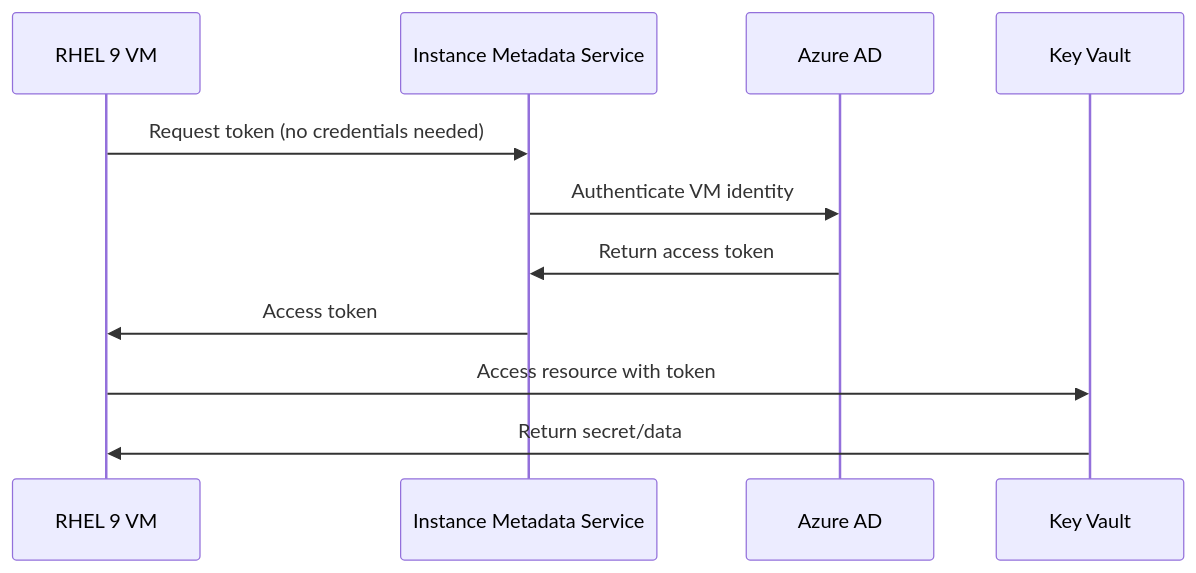
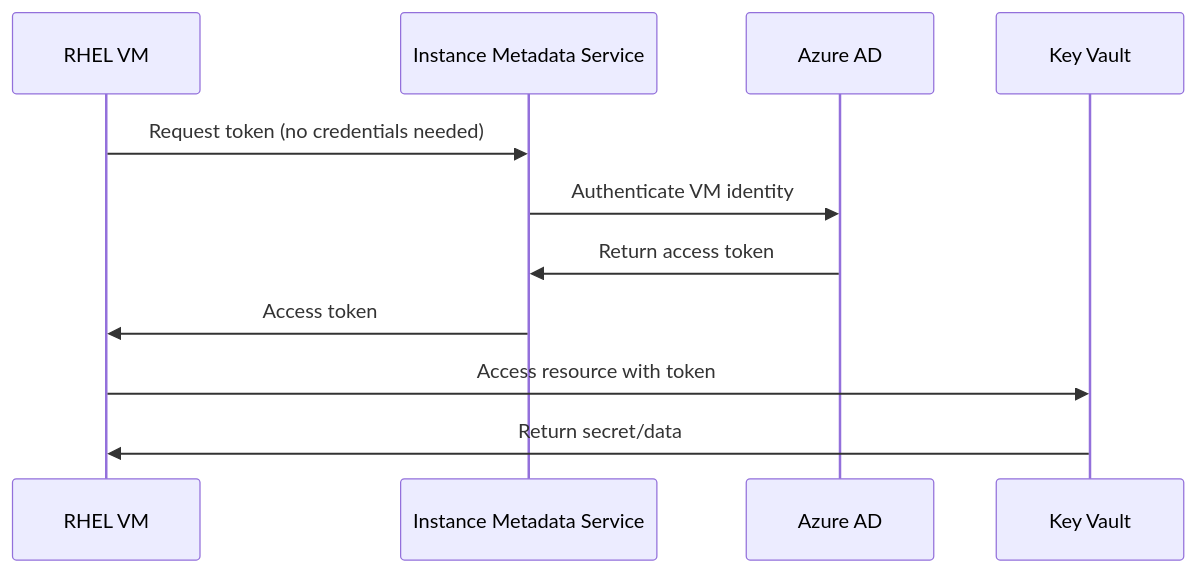
The diagram in posts/2026-03-04-configure-rhel-9-azure-managed-identities/README.md (OneUptime/blog), drawn with Mermaid before and after one commit. The commit also changed other lines of this file and 4866 other files, not shown here.

````diff
--- a/posts/2026-03-04-configure-rhel-9-azure-managed-identities/README.md
+++ b/posts/2026-03-04-configure-rhel-9-azure-managed-identities/README.md
@@ -15,14 +15,14 @@
 ```mermaid
 sequenceDiagram
-    participant VM as RHEL 9 VM
+    participant VM as RHEL VM
     participant IMDS as Instance Metadata Service
     participant AAD as Azure AD
     participant KV as Key Vault
 
     VM->>IMDS: Request token (no credentials needed)
     IMDS->>AAD: Authenticate VM identity
     AAD->>IMDS: Return access token
     IMDS->>VM: Access token
     VM->>KV: Access resource with token
     KV->>VM: Return secret/data
 ```
````
